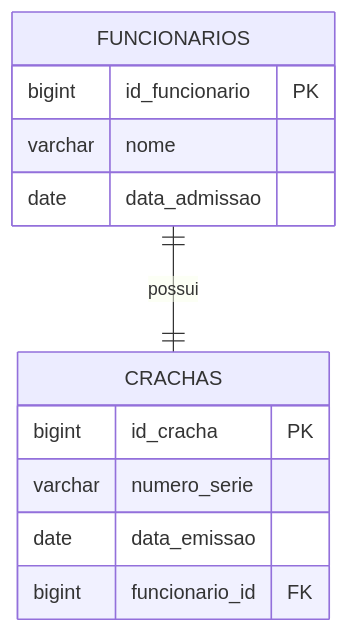
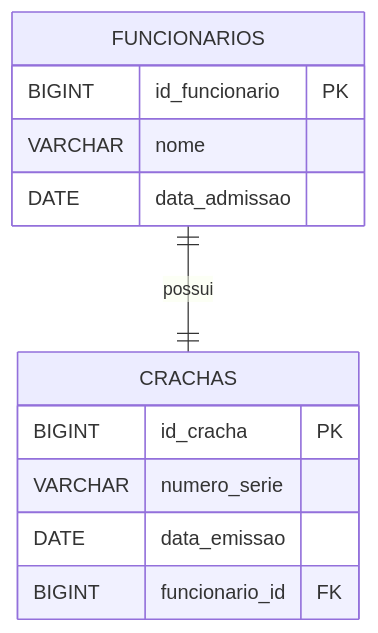
One commit to DSM-Fatec-Jahu/BDR-DSM-2026-2 changed the second of 13 diagrams in docs/aulas/Cardinalidade_MER_Completo.md. Above: the diagram before and after it, drawn with Mermaid. The commit also changed other lines of this file and 2 other files, not shown here.

First line of the commit message:
Padroniza tipos SQL em MAIÚSCULAS nos diagramas (Regra 3)

````diff
--- a/docs/aulas/Cardinalidade_MER_Completo.md
+++ b/docs/aulas/Cardinalidade_MER_Completo.md
@@ -196,17 +196,17 @@
 ```mermaid
 erDiagram
     FUNCIONARIOS {
-        bigint id_funcionario PK
-        varchar nome
-        date data_admissao
+        BIGINT id_funcionario PK
+        VARCHAR nome
+        DATE data_admissao
     }
 
     CRACHAS {
-        bigint id_cracha PK
-        varchar numero_serie
-        date data_emissao
-        bigint funcionario_id FK
+        BIGINT id_cracha PK
+        VARCHAR numero_serie
+        DATE data_emissao
+        BIGINT funcionario_id FK
     }
 
     FUNCIONARIOS ||--|| CRACHAS : "possui"
 ```
````
